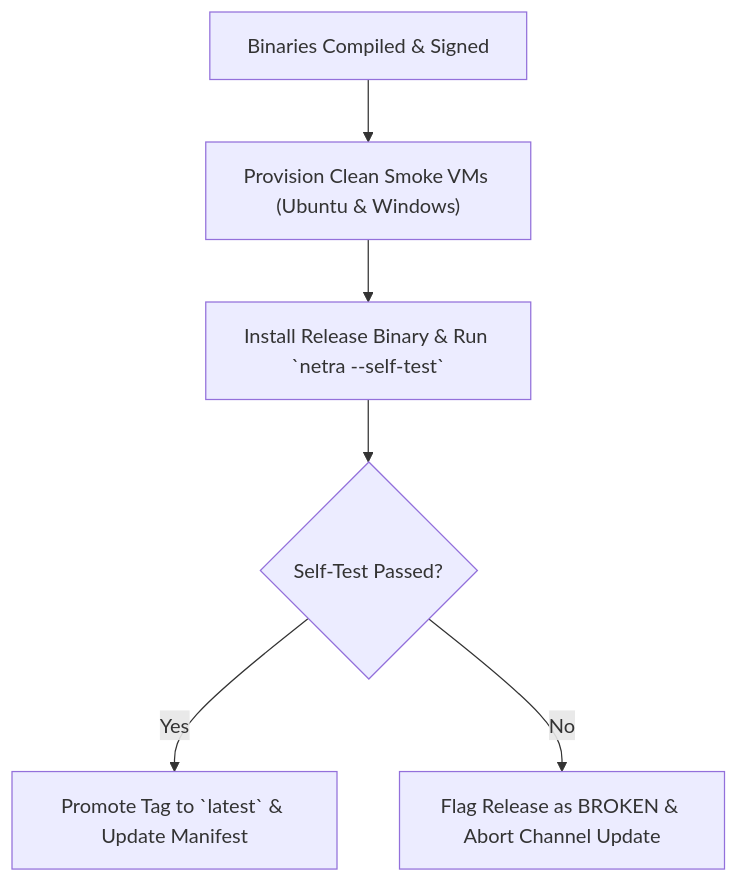
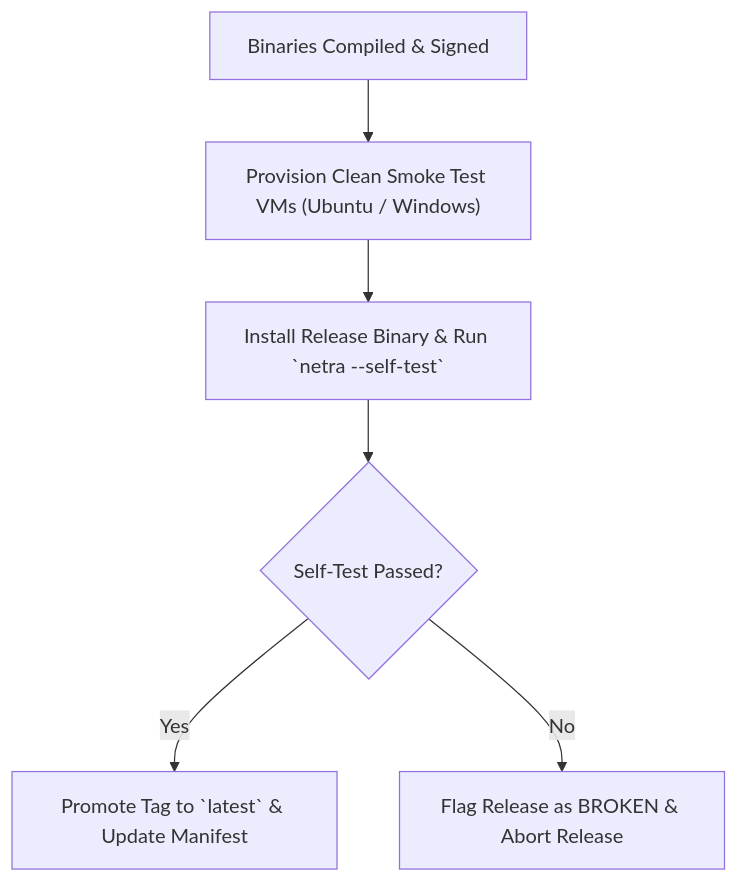
One commit to Subhadip-Paul2006/NETRA-Backend changed the third of 3 diagrams in docs/CI_CD.md. Above: the diagram before and after it, drawn with Mermaid. The commit also changed other lines of this file and 15 other files, not shown here.

Commit message:
docs: establish authoritative open-source academic architecture & technical specification suite

````diff
--- a/docs/CI_CD.md
+++ b/docs/CI_CD.md
@@ -159,8 +159,8 @@
 ```mermaid
 flowchart TD
-    BuildDone["Binaries Compiled & Signed"] --> Provision["Provision Clean Smoke VMs (Ubuntu & Windows)"]
+    BuildDone["Binaries Compiled & Signed"] --> Provision["Provision Clean Smoke Test VMs (Ubuntu / Windows)"]
     Provision --> TestInstall["Install Release Binary & Run `netra --self-test`"]
     TestInstall --> TestPass{"Self-Test Passed?"}
     TestPass -- Yes --> Promote["Promote Tag to `latest` & Update Manifest"]
-    TestPass -- No --> Rollback["Flag Release as BROKEN & Abort Channel Update"]
+    TestPass -- No --> Rollback["Flag Release as BROKEN & Abort Release"]
 ```
````
